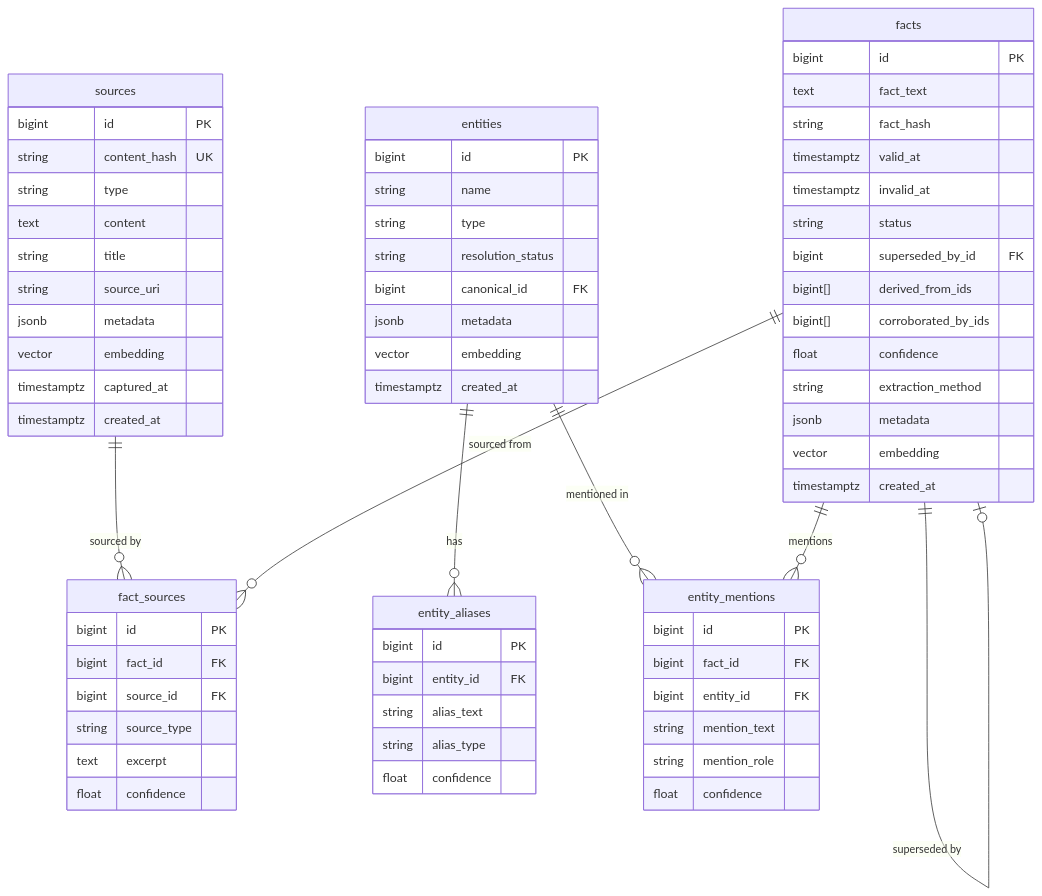
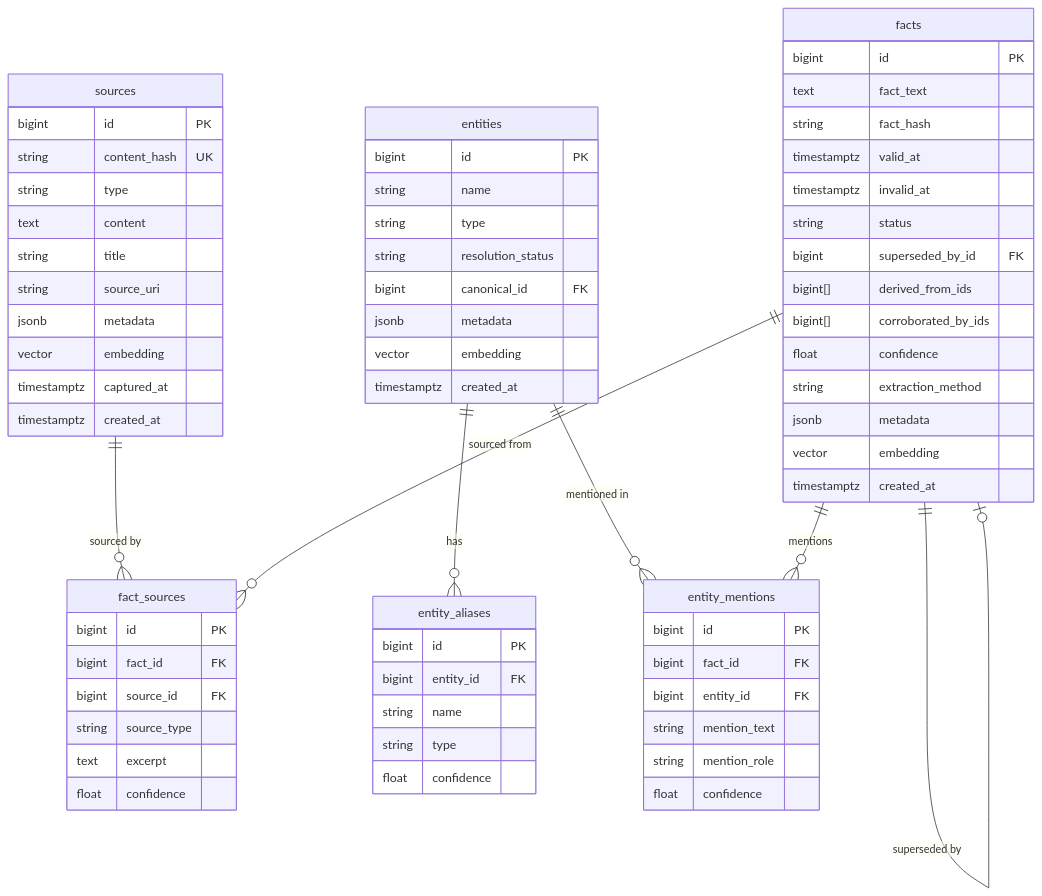
Before and after one commit to MadBomber/fact_db: the diagram in docs/architecture/database-schema.md, drawn with Mermaid. The commit also changed other lines of this file and 21 other files, not shown here.

First line of the commit message:
refactor(db)!: rename `alias_text` and `alias_type` columns to `name` and `type`

````diff
--- a/docs/architecture/database-schema.md
+++ b/docs/architecture/database-schema.md
@@ -7,76 +7,76 @@
 ```mermaid
 erDiagram
     sources ||--o{ fact_sources : "sourced by"
     entities ||--o{ entity_aliases : "has"
     entities ||--o{ entity_mentions : "mentioned in"
     facts ||--o{ entity_mentions : "mentions"
     facts ||--o{ fact_sources : "sourced from"
     facts ||--o| facts : "superseded by"
 
     sources {
         bigint id PK
         string content_hash UK
         string type
         text content
         string title
         string source_uri
         jsonb metadata
         vector embedding
         timestamptz captured_at
         timestamptz created_at
     }
 
     entities {
         bigint id PK
         string name
         string type
         string resolution_status
         bigint canonical_id FK
         jsonb metadata
         vector embedding
         timestamptz created_at
     }
 
     entity_aliases {
         bigint id PK
         bigint entity_id FK
-        string alias_text
-        string alias_type
+        string name
+        string type
         float confidence
     }
 
     facts {
         bigint id PK
         text fact_text
         string fact_hash
         timestamptz valid_at
         timestamptz invalid_at
         string status
         bigint superseded_by_id FK
         bigint[] derived_from_ids
         bigint[] corroborated_by_ids
         float confidence
         string extraction_method
         jsonb metadata
         vector embedding
         timestamptz created_at
     }
 
     entity_mentions {
         bigint id PK
         bigint fact_id FK
         bigint entity_id FK
         string mention_text
         string mention_role
         float confidence
     }
 
     fact_sources {
         bigint id PK
         bigint fact_id FK
         bigint source_id FK
         string source_type
         text excerpt
         float confidence
     }
 ```
````
